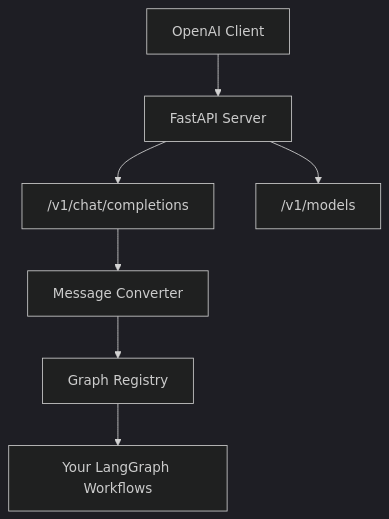
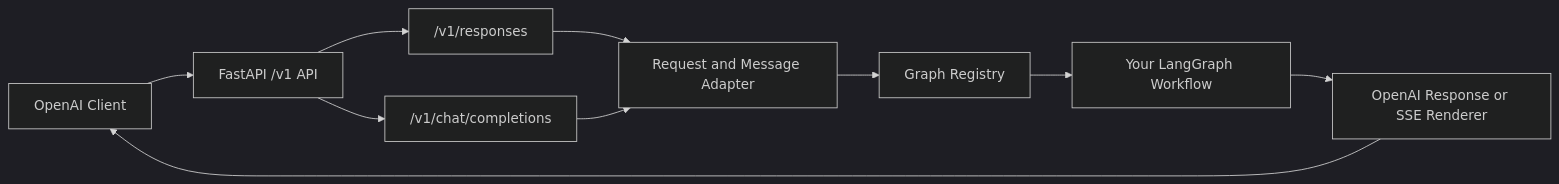
The diagram in content/projects/langgraph-openai-serve.md (ilkersigirci/my-blog), drawn with Mermaid (dark theme) before and after one commit. The commit also changed other lines of this file, not shown here.

Commit message:
Expand LangGraph OpenAI Serve project documentation

````diff
--- a/content/projects/langgraph-openai-serve.md
+++ b/content/projects/langgraph-openai-serve.md
@@ -39,9 +61,12 @@
 ```mermaid
-flowchart TB
-    A[OpenAI Client] --> B[FastAPI Server]
-    B --> C["/v1/chat/completions"]
-    B --> D["/v1/models"]
-    C --> E[Message Converter]
+flowchart LR
+    A[OpenAI Client] --> B[FastAPI /v1 API]
+    B --> C["/v1/responses"]
+    B --> D["/v1/chat/completions"]
+    C --> E[Request and Message Adapter]
+    D --> E
     E --> F[Graph Registry]
-    F --> G[Your LangGraph Workflows]
+    F --> G[Your LangGraph Workflow]
+    G --> H[OpenAI Response or SSE Renderer]
+    H --> A
 ```
````
